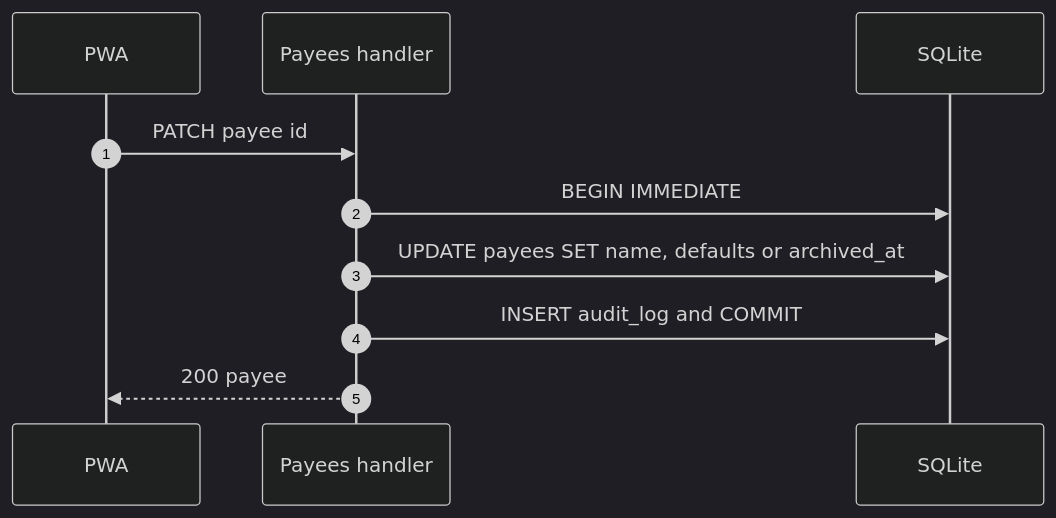
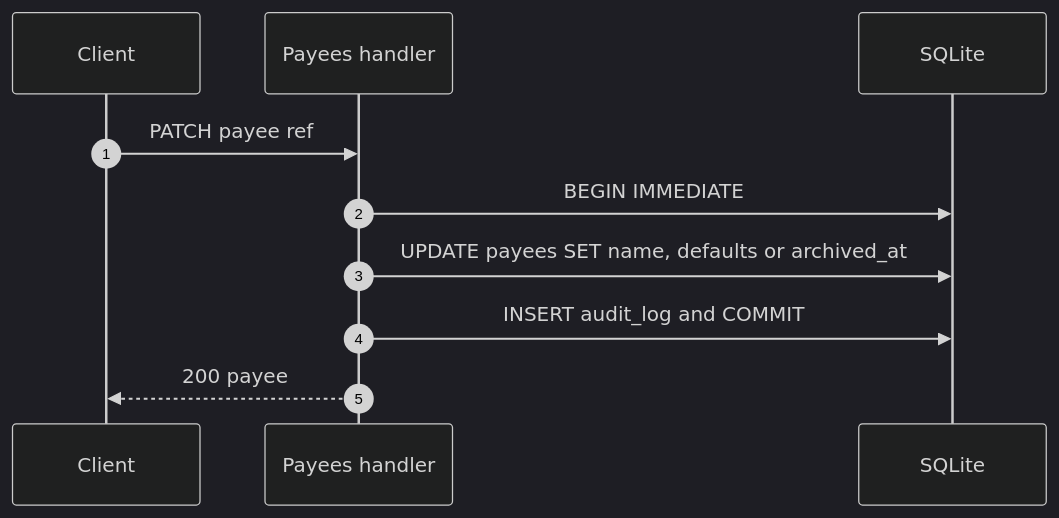
One commit to dimasbaguspm/spenicle changed the seventh of 20 diagrams in docs/v2-api.md. Above: the diagram before and after it, drawn with Mermaid (dark theme). The commit also changed other lines of this file and 44 other files, not shown here.

````diff
--- a/docs/v2-api.md
+++ b/docs/v2-api.md
@@ -609,12 +652,12 @@
 ```mermaid
 sequenceDiagram
     autonumber
-    participant UI as PWA
+    participant UI as Client
     participant API as Payees handler
     participant DB as SQLite
-    UI->>API: PATCH payee id
+    UI->>API: PATCH payee ref
     API->>DB: BEGIN IMMEDIATE
     API->>DB: UPDATE payees SET name, defaults or archived_at
     API->>DB: INSERT audit_log and COMMIT
     API-->>UI: 200 payee
 ```
````
